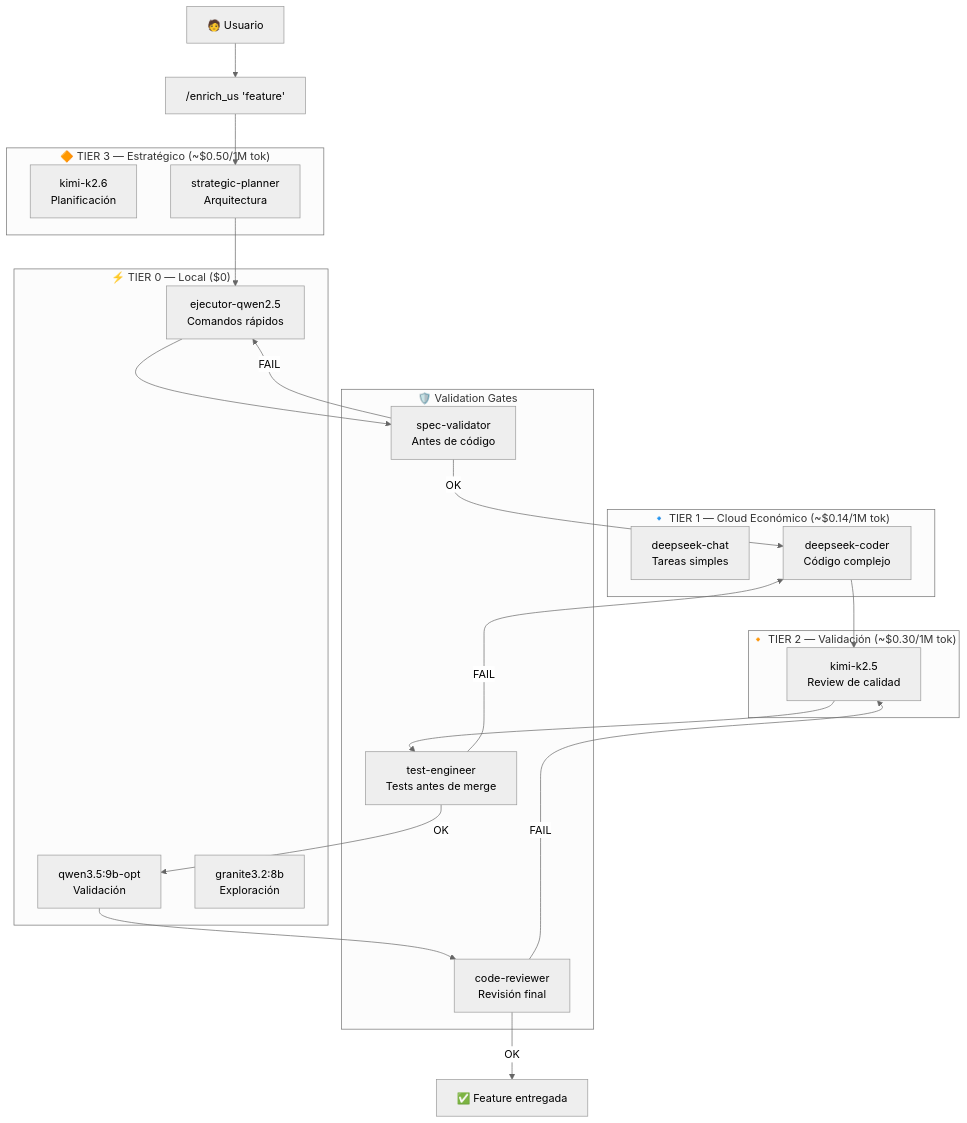
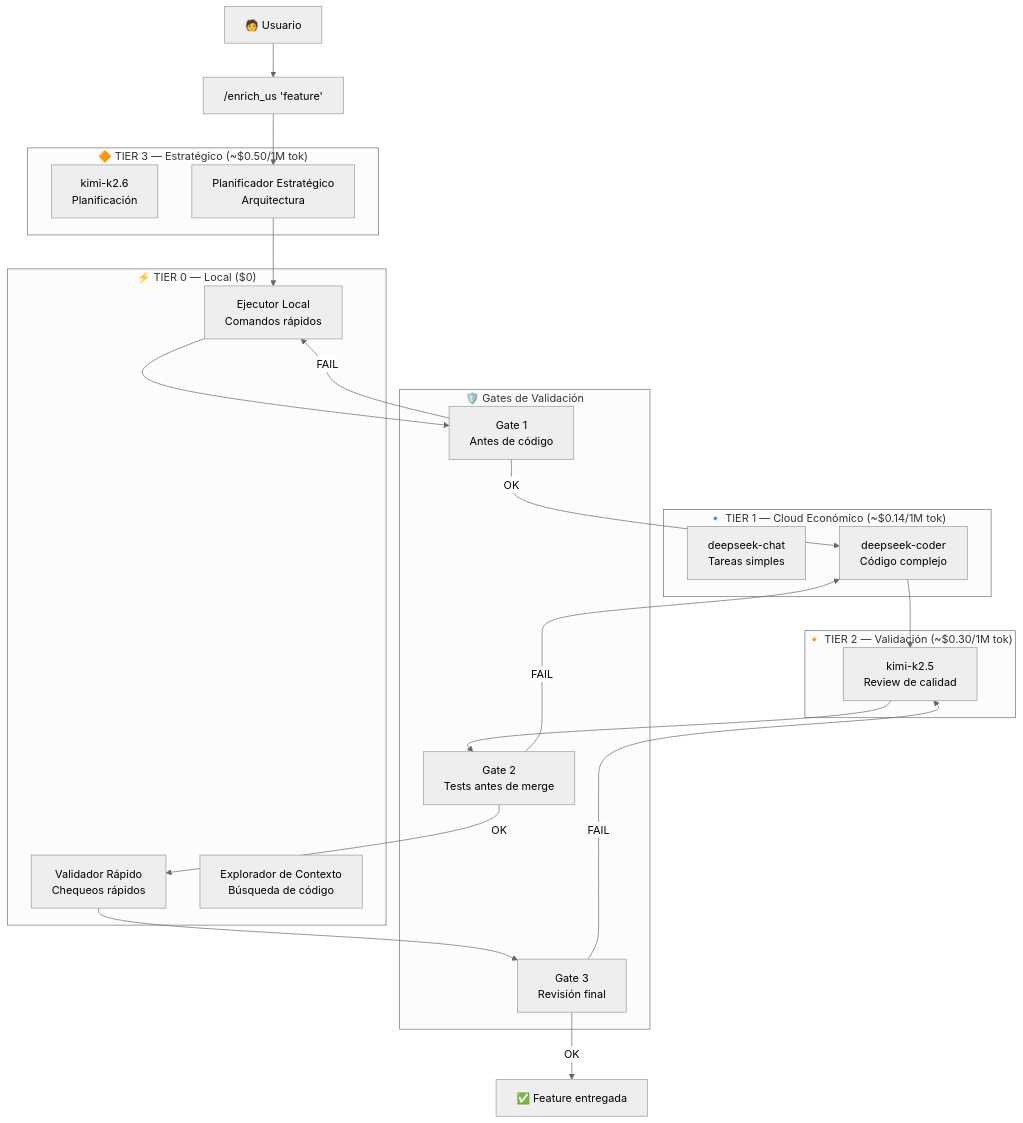
One commit to Aquilesnake/COALA-SwarmOps changed the third of 6 diagrams in README_ES.md. Above: the diagram before and after it, drawn with Mermaid (neutral theme). The commit also changed other lines of this file and 6 other files, not shown here.

````diff
--- a/README_ES.md
+++ b/README_ES.md
@@ -156,42 +156,42 @@
 ```mermaid
 flowchart TB
     subgraph TIER0["⚡ TIER 0 — Local ($0)"]
-        T0A["ejecutor-qwen2.5<br/>Comandos rápidos"]
-        T0B["qwen3.5:9b-opt<br/>Validación"]
-        T0C["granite3.2:8b<br/>Exploración"]
+        T0A["Ejecutor Local<br/>Comandos rápidos"]
+        T0B["Validador Rápido<br/>Chequeos rápidos"]
+        T0C["Explorador de Contexto<br/>Búsqueda de código"]
     end
 
     subgraph TIER1["🔹 TIER 1 — Cloud Económico (~$0.14/1M tok)"]
         T1A["deepseek-chat<br/>Tareas simples"]
         T1B["deepseek-coder<br/>Código complejo"]
     end
 
     subgraph TIER2["🔸 TIER 2 — Validación (~$0.30/1M tok)"]
         T2A["kimi-k2.5<br/>Review de calidad"]
     end
 
     subgraph TIER3["🔶 TIER 3 — Estratégico (~$0.50/1M tok)"]
         T3A["kimi-k2.6<br/>Planificación"]
-        T3B["strategic-planner<br/>Arquitectura"]
+        T3B["Planificador Estratégico<br/>Arquitectura"]
     end
 
-    subgraph GATES["🛡️ Validation Gates"]
-        GATE1["spec-validator<br/>Antes de código"]
-        GATE2["test-engineer<br/>Tests antes de merge"]
-        GATE3["code-reviewer<br/>Revisión final"]
+    subgraph GATES["🛡️ Gates de Validación"]
+        GATE1["Gate 1<br/>Antes de código"]
+        GATE2["Gate 2<br/>Tests antes de merge"]
+        GATE3["Gate 3<br/>Revisión final"]
     end
 
     USER["🧑 Usuario"] --> REQUEST["/enrich_us 'feature'"]
     REQUEST --> T3B
     T3B --> T0A
     T0A --> GATE1
     GATE1 -->|OK| T1B
     GATE1 -->|FAIL| T0A
     T1B --> T2A
     T2A --> GATE2
     GATE2 -->|OK| T0B
     GATE2 -->|FAIL| T1B
     T0B --> GATE3
     GATE3 -->|OK| OUTPUT["✅ Feature entregada"]
     GATE3 -->|FAIL| T2A
 ```
````
